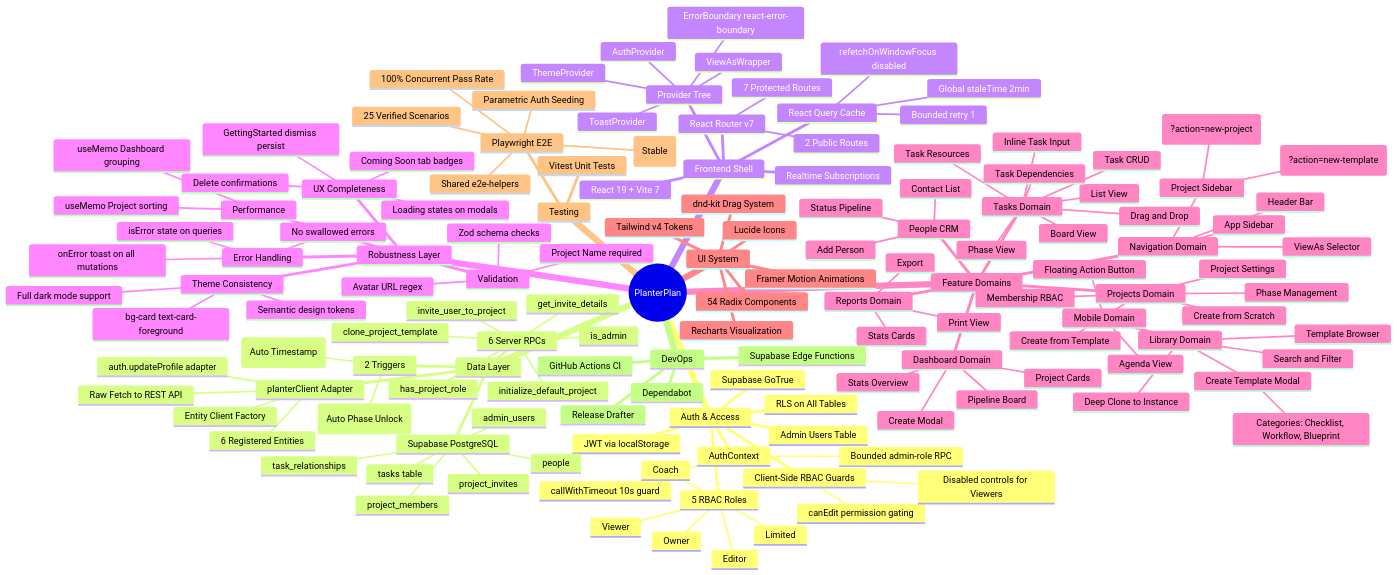
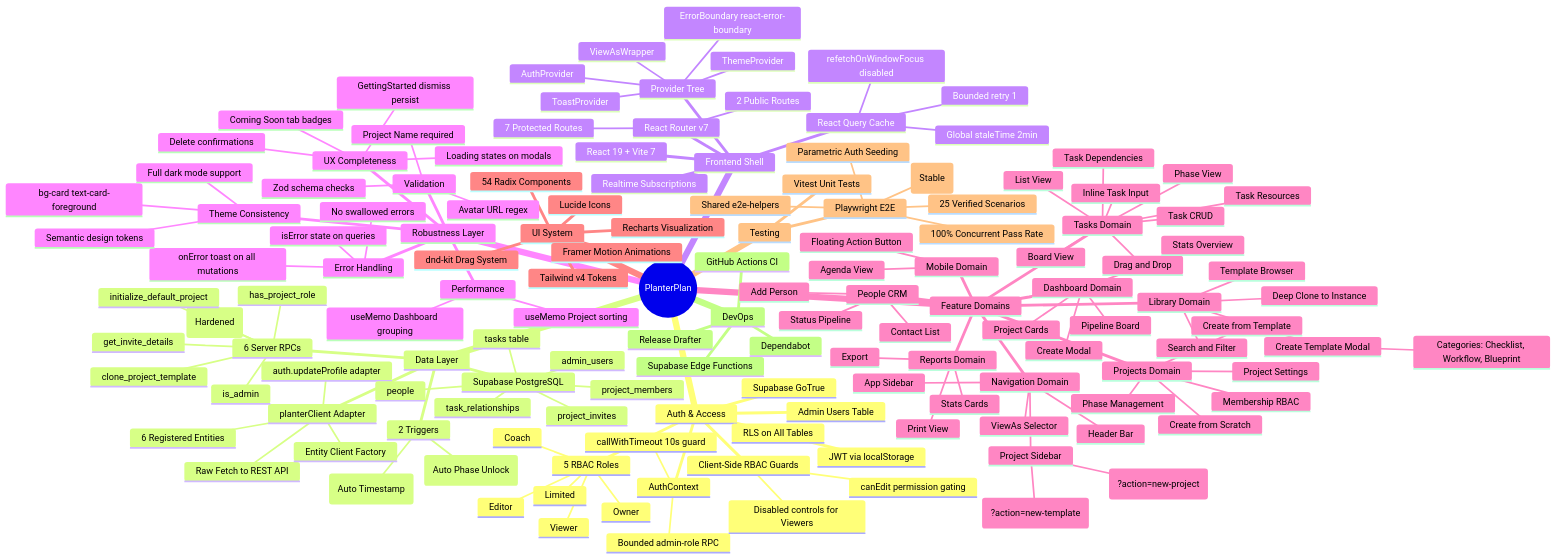
The first of 10 diagrams in docs/PROJECT_MIND_MAP.md (JoelA510/PlanterPlan-Alpha), drawn with Mermaid before and after one commit. The commit also changed other lines of this file and 13 other files, not shown here.

```diff
--- a/docs/PROJECT_MIND_MAP.md
+++ b/docs/PROJECT_MIND_MAP.md
@@ -134,7 +134,7 @@
         is_admin
         has_project_role
         clone_project_template
-        invite_user_to_project
+        invite_user_to_project (Hardened)
         get_invite_details
         initialize_default_project
       2 Triggers
```
